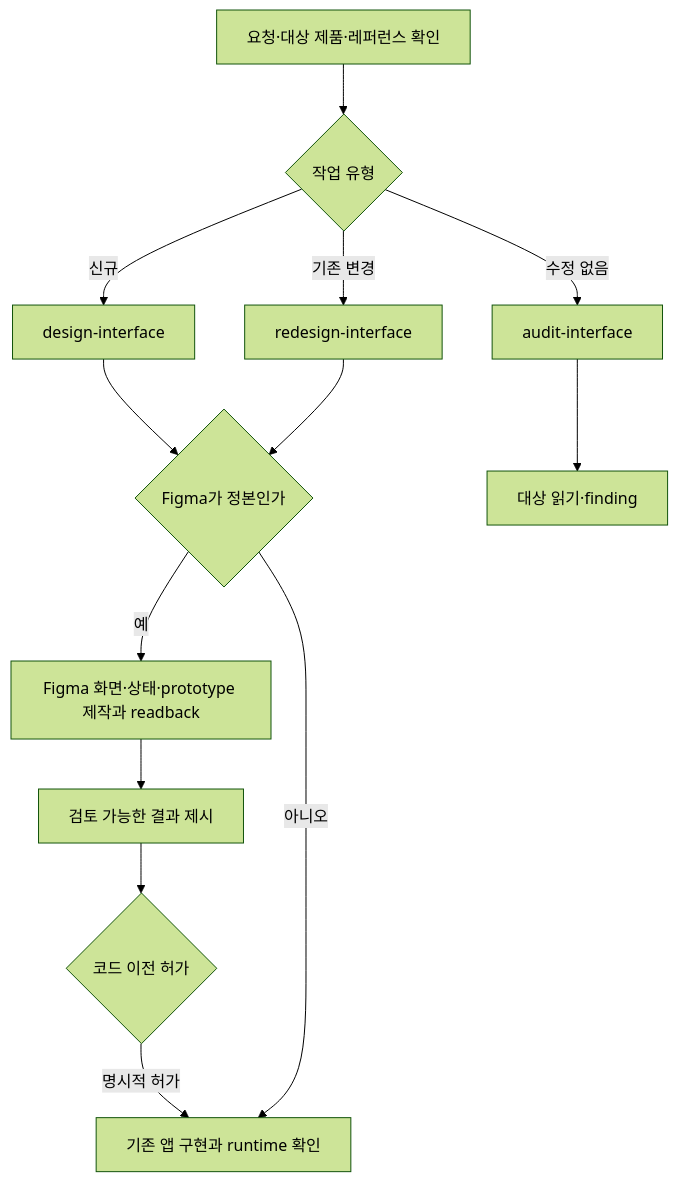
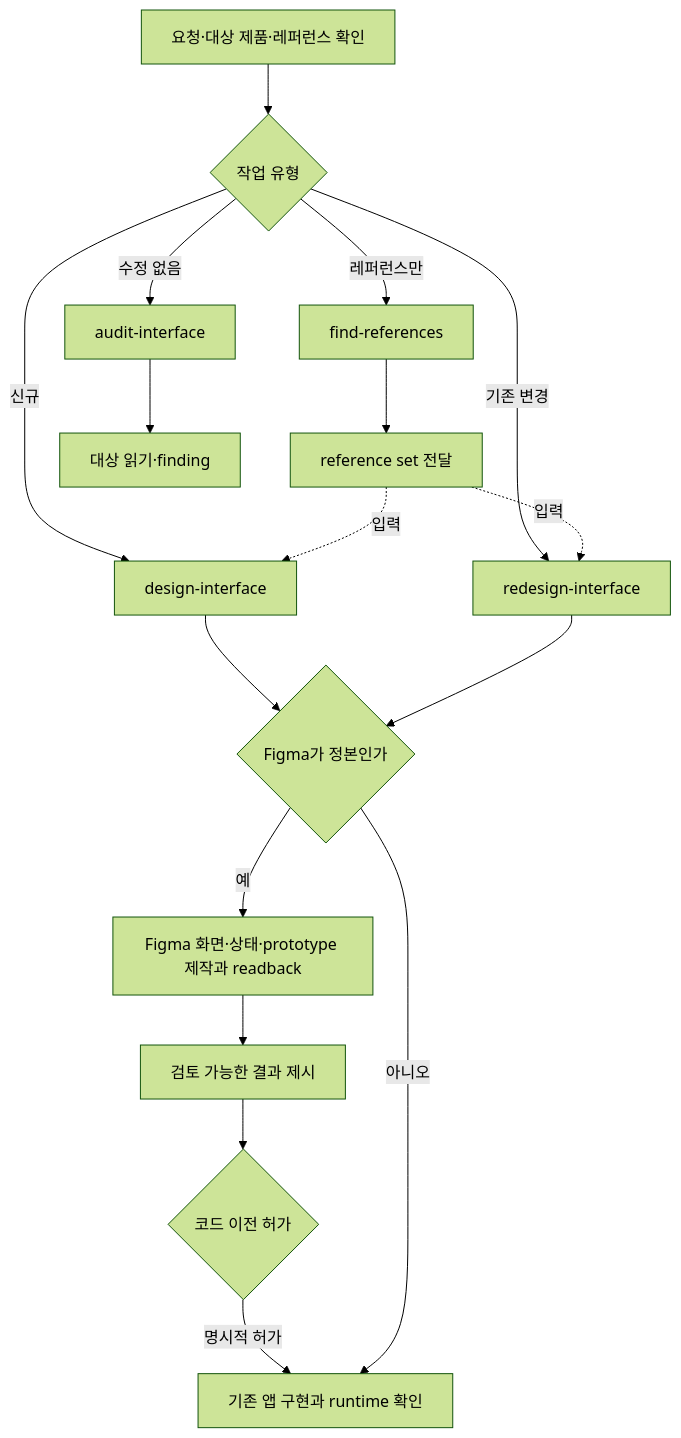
The diagram in docs/architecture/design.md (sonsu-lee/sonsu-marketplace), drawn with Mermaid (forest theme) before and after one commit. The commit also changed other lines of this file and 54 other files, not shown here.

````diff
--- a/docs/architecture/design.md
+++ b/docs/architecture/design.md
@@ -7,15 +7,19 @@
 ```mermaid
 flowchart TD
   A[요청·대상 제품·레퍼런스 확인] --> B{작업 유형}
   B -->|신규| C[design-interface]
   B -->|기존 변경| D[redesign-interface]
   B -->|수정 없음| E[audit-interface]
+  B -->|레퍼런스만| R[find-references]
+  R --> S[reference set 전달]
+  S -.->|입력| C
+  S -.->|입력| D
   C --> F{Figma가 정본인가}
   D --> F
   E --> G[대상 읽기·finding]
   F -->|예| H[Figma 화면·상태·prototype 제작과 readback]
   H --> I[검토 가능한 결과 제시]
   I --> J{코드 이전 허가}
   J -->|명시적 허가| K[기존 앱 구현과 runtime 확인]
   F -->|아니오| K
 ```
````
